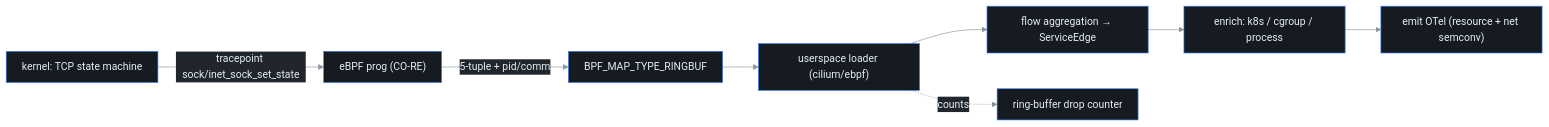
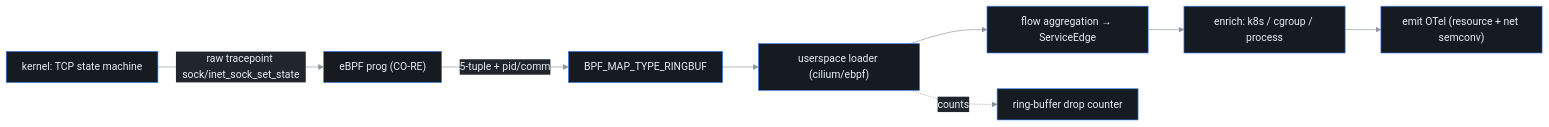
The diagram in docs/ebpf-feasibility.md (ctlplne/probectl), drawn with Mermaid before and after one commit. The commit also changed other lines of this file and 14 other files, not shown here.

````diff
--- a/docs/ebpf-feasibility.md
+++ b/docs/ebpf-feasibility.md
@@ -169,11 +171,11 @@
 ```mermaid
 %%{init: {'theme':'base','themeVariables':{'background':'#0d1117','primaryColor':'#161b22','primaryTextColor':'#e6edf3','primaryBorderColor':'#3b82f6','lineColor':'#8b949e','secondaryColor':'#21262d','tertiaryColor':'#0d1117','clusterBkg':'#161b22','clusterBorder':'#30363d','fontFamily':'ui-monospace, SFMono-Regular, Menlo, monospace'},'flowchart':{'curve':'basis','nodeSpacing':55,'rankSpacing':55,'padding':12}}}%%
 flowchart LR
-  K["kernel: TCP state machine"] -->|"tracepoint sock/inet_sock_set_state"| P["eBPF prog (CO-RE)"]
+  K["kernel: TCP state machine"] -->|"raw tracepoint sock/inet_sock_set_state"| P["eBPF prog (CO-RE)"]
   P -->|"5-tuple + pid/comm"| RB["BPF_MAP_TYPE_RINGBUF"]
   RB --> U["userspace loader (cilium/ebpf)"]
   U --> AGG["flow aggregation → ServiceEdge"]
   AGG --> ENR["enrich: k8s / cgroup / process"]
   ENR --> OTEL["emit OTel (resource + net semconv)"]
   U -. counts .-> DROPS["ring-buffer drop counter"]
 ```
````
